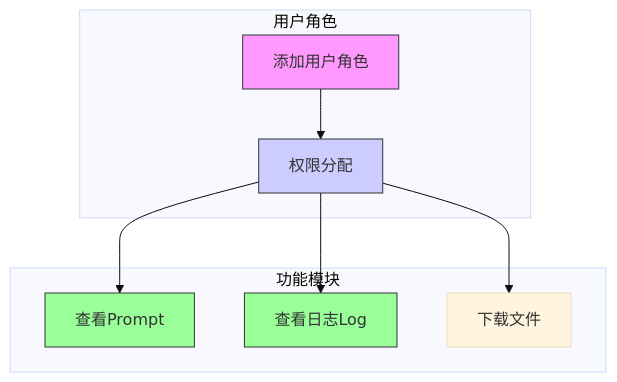
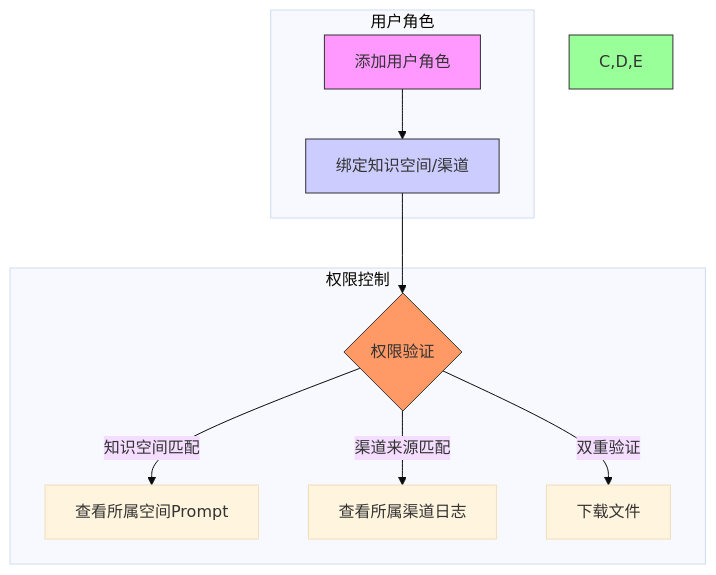
The diagram in all/未命名-2.md (funnyData/iodraw-files), drawn with Mermaid (base theme) before and after one commit.

Commit message:
2025-03-11 19:21:27 update

````diff
--- a/all/未命名-2.md
+++ b/all/未命名-2.md
@@ -1,18 +1,18 @@
 ```mermaid
 flowchart TD
     subgraph 用户角色
-        A[添加用户角色] --> B[权限分配]
+        A[添加用户角色] --> B[绑定知识空间/渠道]
     end
 
-    subgraph 功能模块
-        B --> C[查看Prompt]
-        B --> D[查看日志Log]
-        B --> E[下载文件]
+    subgraph 权限控制
+        B --> F{权限验证}
+        F -->|知识空间匹配| C[查看所属空间Prompt]
+        F -->|渠道来源匹配| D[查看所属渠道日志]
+        F -->|双重验证| E[下载文件]
     end
 
     style A fill:#f9f,stroke:#333
     style B fill:#ccf,stroke:#333
-    style C fill:#9f9,stroke:#333
-    style D fill:#9f9,stroke:#333
-    style C fill:#9f9,stroke:#333
+    style F fill:#f96,stroke:#333
+    style C,D,E fill:#9f9,stroke:#333
 ```
````
